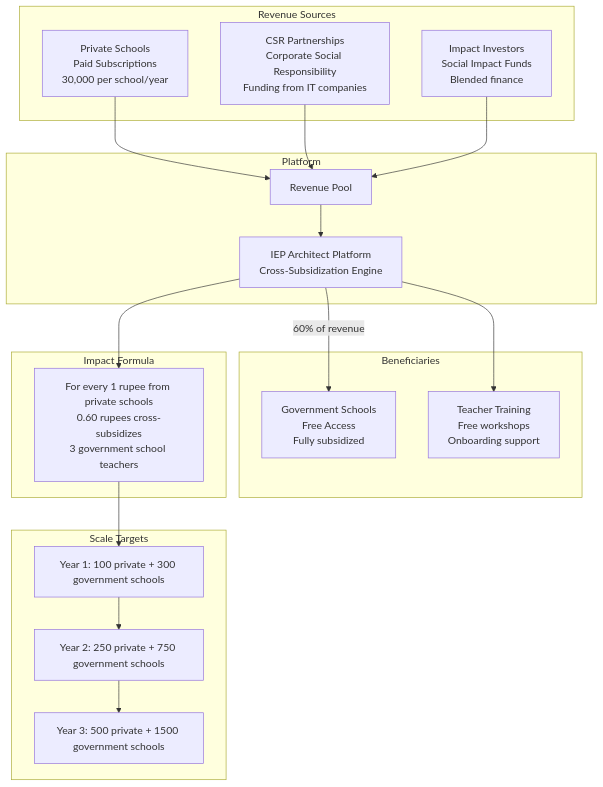
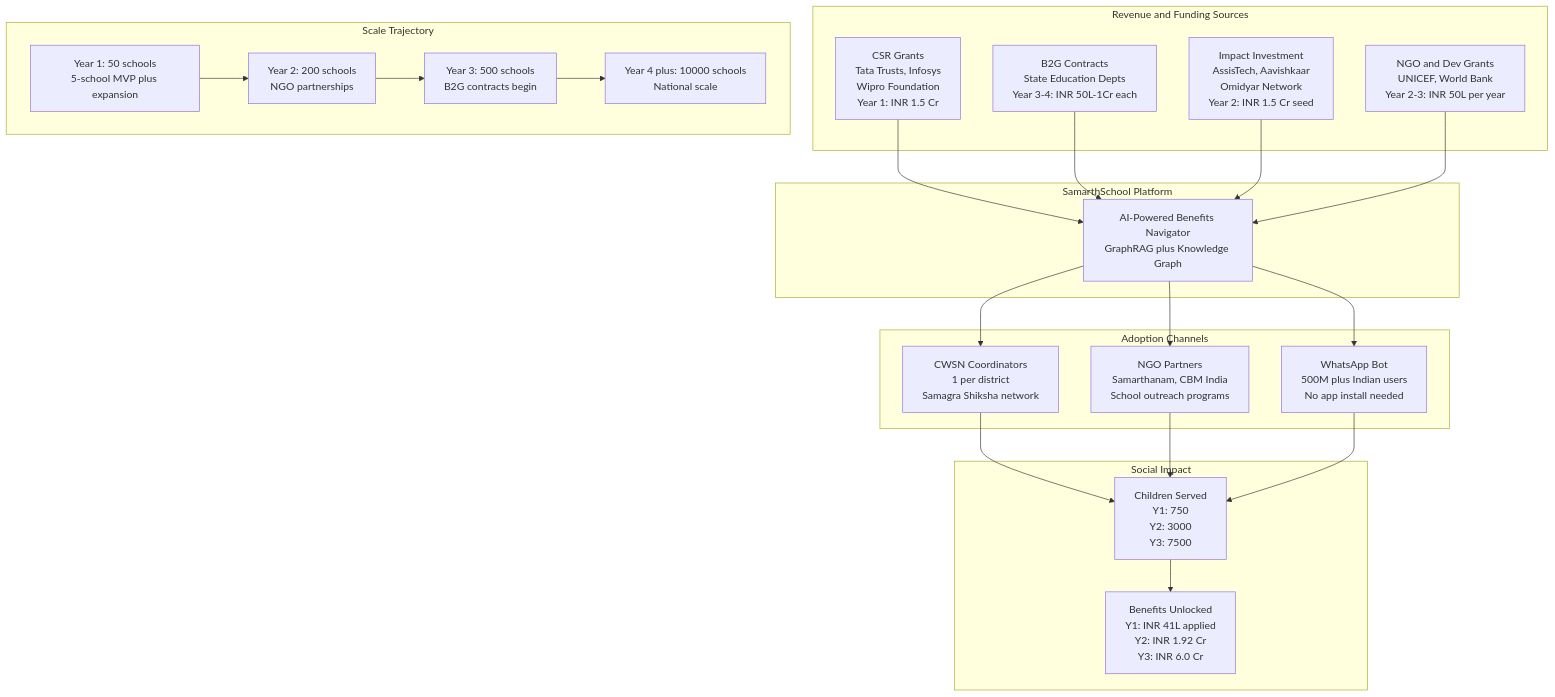
The diagram in images/diagrams/group-assignment/fig9-social-enterprise.mmd (sanjaygupta-professional/genai-assignment-explainer), drawn with Mermaid before and after one commit. The commit also changed 20 other files, not shown here.

```diff
--- a/images/diagrams/group-assignment/fig9-social-enterprise.mmd
+++ b/images/diagrams/group-assignment/fig9-social-enterprise.mmd
@@ -1,37 +1,44 @@
 graph TD
-    subgraph "Revenue Sources"
-        PRIV["Private Schools\nPaid Subscriptions\n30,000 per school/year"]
-        CSR["CSR Partnerships\nCorporate Social Responsibility\nFunding from IT companies"]
-        IMPACT["Impact Investors\nSocial Impact Funds\nBlended finance"]
+    subgraph "Revenue and Funding Sources"
+        CSR["CSR Grants<br/>Tata Trusts, Infosys<br/>Wipro Foundation<br/>Year 1: INR 1.5 Cr"]
+        B2G["B2G Contracts<br/>State Education Depts<br/>Year 3-4: INR 50L-1Cr each"]
+        IMPACT["Impact Investment<br/>AssisTech, Aavishkaar<br/>Omidyar Network<br/>Year 2: INR 1.5 Cr seed"]
+        NGO["NGO and Dev Grants<br/>UNICEF, World Bank<br/>Year 2-3: INR 50L per year"]
     end
 
-    subgraph "Platform"
-        PLAT["IEP Architect Platform\nCross-Subsidization Engine"]
-        POOL["Revenue Pool"]
+    subgraph "SamarthSchool Platform"
+        PLAT["AI-Powered Benefits Navigator<br/>GraphRAG plus Knowledge Graph"]
     end
 
-    subgraph "Beneficiaries"
-        GOV["Government Schools\nFree Access\nFully subsidized"]
-        TRAIN["Teacher Training\nFree workshops\nOnboarding support"]
+    subgraph "Adoption Channels"
+        CWSN["CWSN Coordinators<br/>1 per district<br/>Samagra Shiksha network"]
+        NGOP["NGO Partners<br/>Samarthanam, CBM India<br/>School outreach programs"]
+        WA["WhatsApp Bot<br/>500M plus Indian users<br/>No app install needed"]
     end
 
-    subgraph "Impact Formula"
-        FORMULA["For every 1 rupee from private schools\n0.60 rupees cross-subsidizes\n3 government school teachers"]
+    subgraph "Social Impact"
+        CHILD["Children Served<br/>Y1: 750<br/>Y2: 3000<br/>Y3: 7500"]
+        BEN["Benefits Unlocked<br/>Y1: INR 41L applied<br/>Y2: INR 1.92 Cr<br/>Y3: INR 6.0 Cr"]
     end
 
-    subgraph "Scale Targets"
-        T1["Year 1: 100 private + 300 government schools"]
-        T2["Year 2: 250 private + 750 government schools"]
-        T3["Year 3: 500 private + 1500 government schools"]
+    subgraph "Scale Trajectory"
+        S1["Year 1: 50 schools<br/>5-school MVP plus expansion"]
+        S2["Year 2: 200 schools<br/>NGO partnerships"]
+        S3["Year 3: 500 schools<br/>B2G contracts begin"]
+        S4["Year 4 plus: 10000 schools<br/>National scale"]
     end
 
-    PRIV --> POOL
-    CSR --> POOL
-    IMPACT --> POOL
-    POOL --> PLAT
-    PLAT -->|"60% of revenue"| GOV
-    PLAT --> TRAIN
-    PLAT --> FORMULA
-    FORMULA --> T1
-    T1 --> T2
-    T2 --> T3
+    CSR --> PLAT
+    B2G --> PLAT
+    IMPACT --> PLAT
+    NGO --> PLAT
+    PLAT --> CWSN
+    PLAT --> NGOP
+    PLAT --> WA
+    CWSN --> CHILD
+    NGOP --> CHILD
+    WA --> CHILD
+    CHILD --> BEN
+    S1 --> S2
+    S2 --> S3
+    S3 --> S4
```
